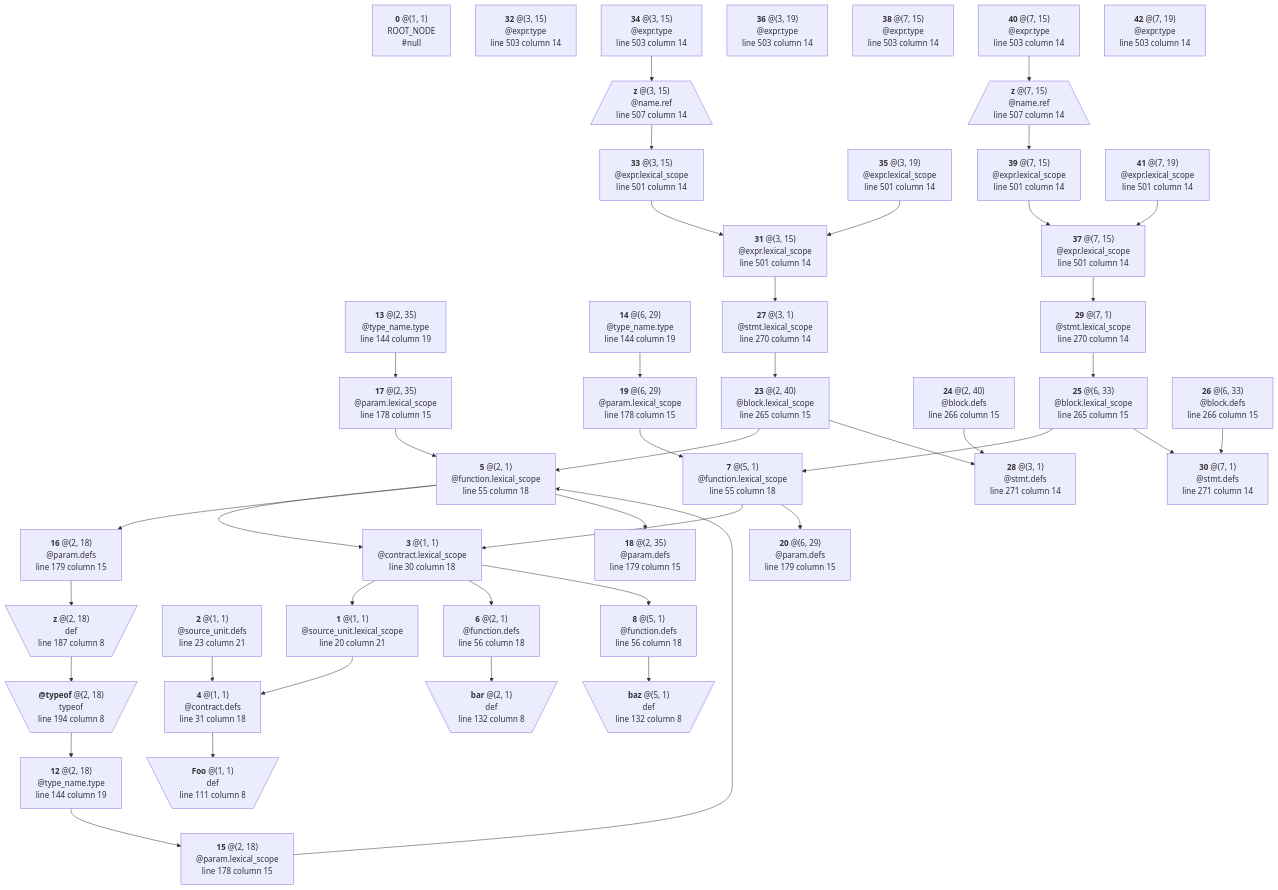
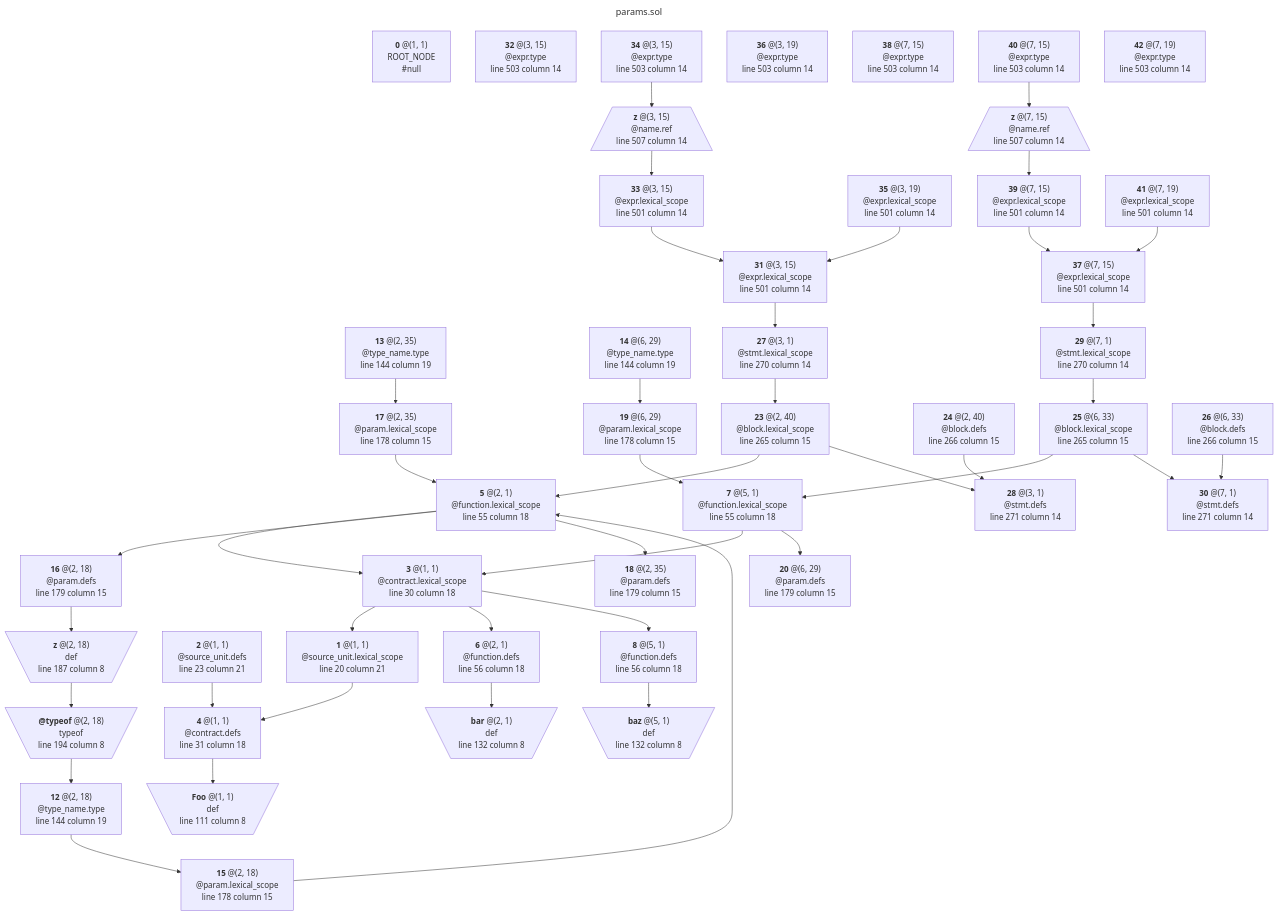
The diagram in crates/solidity/testing/snapshots/bindings_output/lexical/generated/params.sol-0.4.11.mmd (manastech/slang), drawn with Mermaid before and after one commit. The commit also changed 25 other files, not shown here.

```diff
--- a/crates/solidity/testing/snapshots/bindings_output/lexical/generated/params.sol-0.4.11.mmd
+++ b/crates/solidity/testing/snapshots/bindings_output/lexical/generated/params.sol-0.4.11.mmd
@@ -1,176 +1,179 @@
+---
+title: params.sol
+---
 graph TD
 	N0["`**0** @(1, 1)
 ROOT_NODE
 #null`"]
 	N1["`**1** @(1, 1)
 @source_unit.lexical_scope
 line 20 column 21`"]
 	N1 --> N4
 	N2["`**2** @(1, 1)
 @source_unit.defs
 line 23 column 21`"]
 	N2 --> N4
 	N3["`**3** @(1, 1)
 @contract.lexical_scope
 line 30 column 18`"]
 	N3 --> N1
 	N3 --> N6
 	N3 --> N8
 	N4["`**4** @(1, 1)
 @contract.defs
 line 31 column 18`"]
 	N4 --> N9
 	N5["`**5** @(2, 1)
 @function.lexical_scope
 line 55 column 18`"]
 	N5 --> N3
 	N5 --> N16
 	N5 --> N18
 	N6["`**6** @(2, 1)
 @function.defs
 line 56 column 18`"]
 	N6 --> N10
 	N7["`**7** @(5, 1)
 @function.lexical_scope
 line 55 column 18`"]
 	N7 --> N3
 	N7 --> N20
 	N8["`**8** @(5, 1)
 @function.defs
 line 56 column 18`"]
 	N8 --> N11
 	N9[\"`**Foo** @(1, 1)
 def
 line 111 column 8`"/]
 	N10[\"`**bar** @(2, 1)
 def
 line 132 column 8`"/]
 	N11[\"`**baz** @(5, 1)
 def
 line 132 column 8`"/]
 	N12["`**12** @(2, 18)
 @type_name.type
 line 144 column 19`"]
 	N12 --> N15
 	N13["`**13** @(2, 35)
 @type_name.type
 line 144 column 19`"]
 	N13 --> N17
 	N14["`**14** @(6, 29)
 @type_name.type
 line 144 column 19`"]
 	N14 --> N19
 	N15["`**15** @(2, 18)
 @param.lexical_scope
 line 178 column 15`"]
 	N15 --> N5
 	N16["`**16** @(2, 18)
 @param.defs
 line 179 column 15`"]
 	N16 --> N21
 	N17["`**17** @(2, 35)
 @param.lexical_scope
 line 178 column 15`"]
 	N17 --> N5
 	N18["`**18** @(2, 35)
 @param.defs
 line 179 column 15`"]
 	N19["`**19** @(6, 29)
 @param.lexical_scope
 line 178 column 15`"]
 	N19 --> N7
 	N20["`**20** @(6, 29)
 @param.defs
 line 179 column 15`"]
 	N21[\"`**z** @(2, 18)
 def
 line 187 column 8`"/]
 	N21 --> N22
 	N22[\"`**@typeof** @(2, 18)
 typeof
 line 194 column 8`"/]
 	N22 --> N12
 	N23["`**23** @(2, 40)
 @block.lexical_scope
 line 265 column 15`"]
 	N23 --> N5
 	N23 --> N28
 	N24["`**24** @(2, 40)
 @block.defs
 line 266 column 15`"]
 	N24 --> N28
 	N25["`**25** @(6, 33)
 @block.lexical_scope
 line 265 column 15`"]
 	N25 --> N7
 	N25 --> N30
 	N26["`**26** @(6, 33)
 @block.defs
 line 266 column 15`"]
 	N26 --> N30
 	N27["`**27** @(3, 1)
 @stmt.lexical_scope
 line 270 column 14`"]
 	N27 --> N23
 	N28["`**28** @(3, 1)
 @stmt.defs
 line 271 column 14`"]
 	N29["`**29** @(7, 1)
 @stmt.lexical_scope
 line 270 column 14`"]
 	N29 --> N25
 	N30["`**30** @(7, 1)
 @stmt.defs
 line 271 column 14`"]
 	N31["`**31** @(3, 15)
 @expr.lexical_scope
 line 501 column 14`"]
 	N31 --> N27
 	N32["`**32** @(3, 15)
 @expr.type
 line 503 column 14`"]
 	N33["`**33** @(3, 15)
 @expr.lexical_scope
 line 501 column 14`"]
 	N33 --> N31
 	N34["`**34** @(3, 15)
 @expr.type
 line 503 column 14`"]
 	N34 --> N43
 	N35["`**35** @(3, 19)
 @expr.lexical_scope
 line 501 column 14`"]
 	N35 --> N31
 	N36["`**36** @(3, 19)
 @expr.type
 line 503 column 14`"]
 	N37["`**37** @(7, 15)
 @expr.lexical_scope
 line 501 column 14`"]
 	N37 --> N29
 	N38["`**38** @(7, 15)
 @expr.type
 line 503 column 14`"]
 	N39["`**39** @(7, 15)
 @expr.lexical_scope
 line 501 column 14`"]
 	N39 --> N37
 	N40["`**40** @(7, 15)
 @expr.type
 line 503 column 14`"]
 	N40 --> N44
 	N41["`**41** @(7, 19)
 @expr.lexical_scope
 line 501 column 14`"]
 	N41 --> N37
 	N42["`**42** @(7, 19)
 @expr.type
 line 503 column 14`"]
 	N43[/"`**z** @(3, 15)
 @name.ref
 line 507 column 14`"\]
 	N43 --> N33
 	N44[/"`**z** @(7, 15)
 @name.ref
 line 507 column 14`"\]
 	N44 --> N39
```
